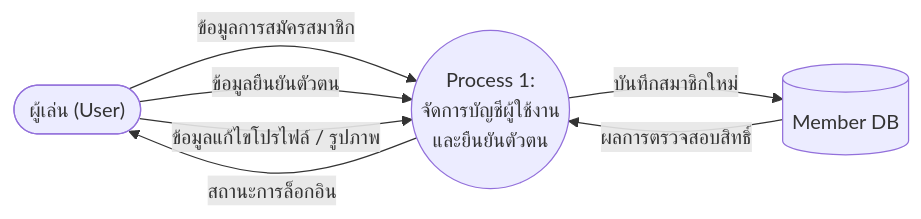
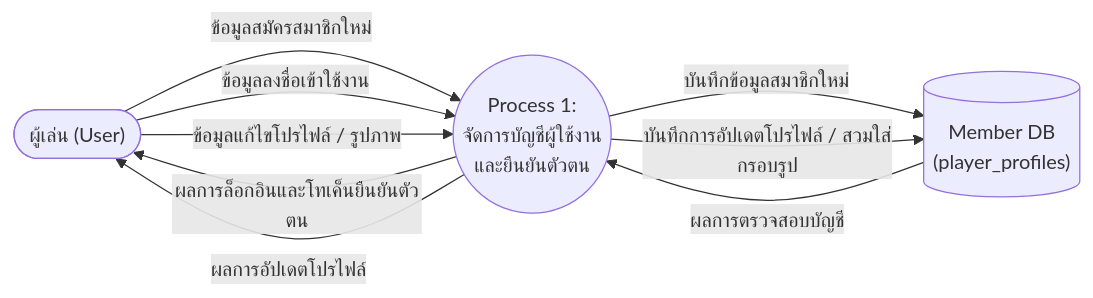
The second of 7 diagrams in Docs/5_Timeline.md (thanapatcsw/GameCardClientUodate), drawn with Mermaid before and after one commit. The commit also changed other lines of this file and 203 other files, not shown here.

````diff
--- a/Docs/5_Timeline.md
+++ b/Docs/5_Timeline.md
@@ -81,18 +102,20 @@
         ```mermaid
         graph LR
             User(["ผู้เล่น (User)"])
             P1(("Process 1:<br>จัดการบัญชีผู้ใช้งาน<br>และยืนยันตัวตน"))
-            MemberDB[("Member DB")]
+            MemberDB[("Member DB<br>(player_profiles)")]
 
             %% User to P1
-            User -->|ข้อมูลการสมัครสมาชิก| P1
-            User -->|ข้อมูลยืนยันตัวตน| P1
+            User -->|ข้อมูลสมัครสมาชิกใหม่| P1
+            User -->|ข้อมูลลงชื่อเข้าใช้งาน| P1
             User -->|ข้อมูลแก้ไขโปรไฟล์ / รูปภาพ| P1
 
             %% P1 to User
-            P1 -->|สถานะการล็อกอิน| User
+            P1 -->|ผลการล็อกอินและโทเค็นยืนยันตัวตน| User
+            P1 -->|ผลการอัปเดตโปรไฟล์| User
 
             %% P1 to DB
-            MemberDB -->|ผลการตรวจสอบสิทธิ์| P1
-            P1 -->|บันทึกสมาชิกใหม่| MemberDB
+            MemberDB -->|ผลการตรวจสอบบัญชี| P1
+            P1 -->|บันทึกข้อมูลสมาชิกใหม่| MemberDB
+            P1 -->|บันทึกการอัปเดตโปรไฟล์ / สวมใส่กรอบรูป| MemberDB
         ```
````
